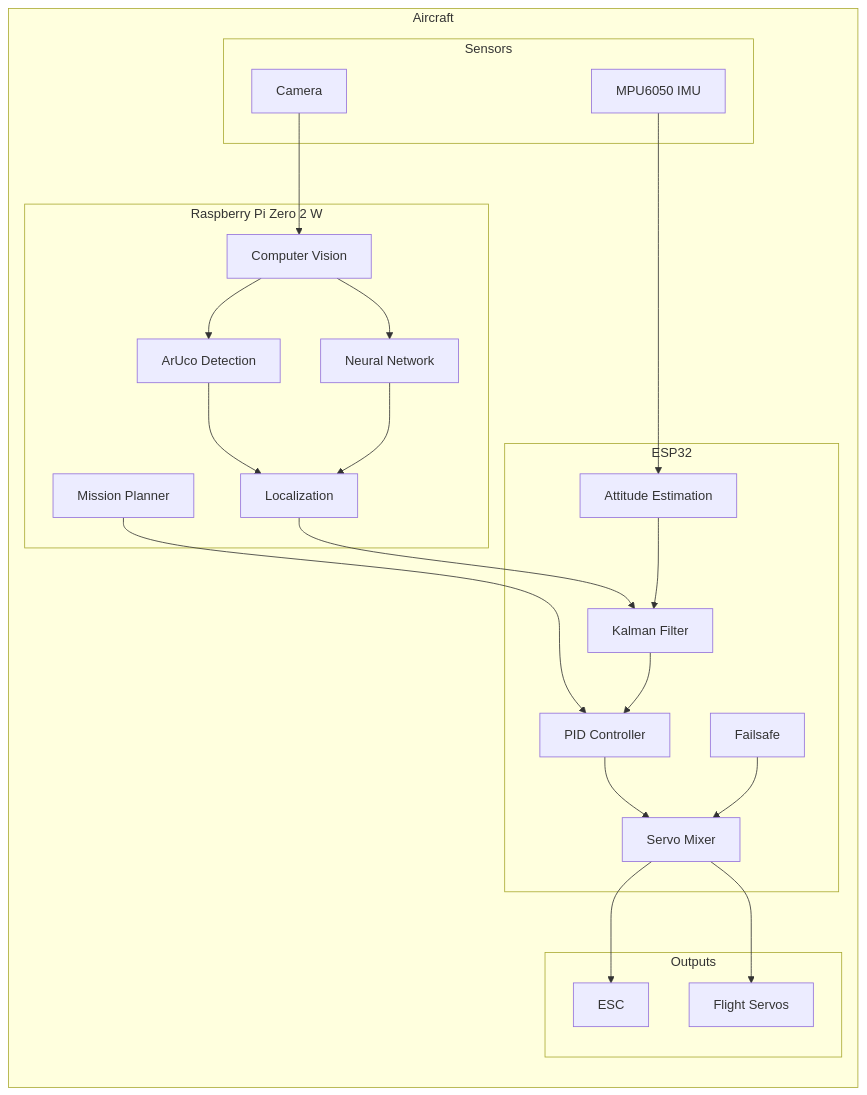
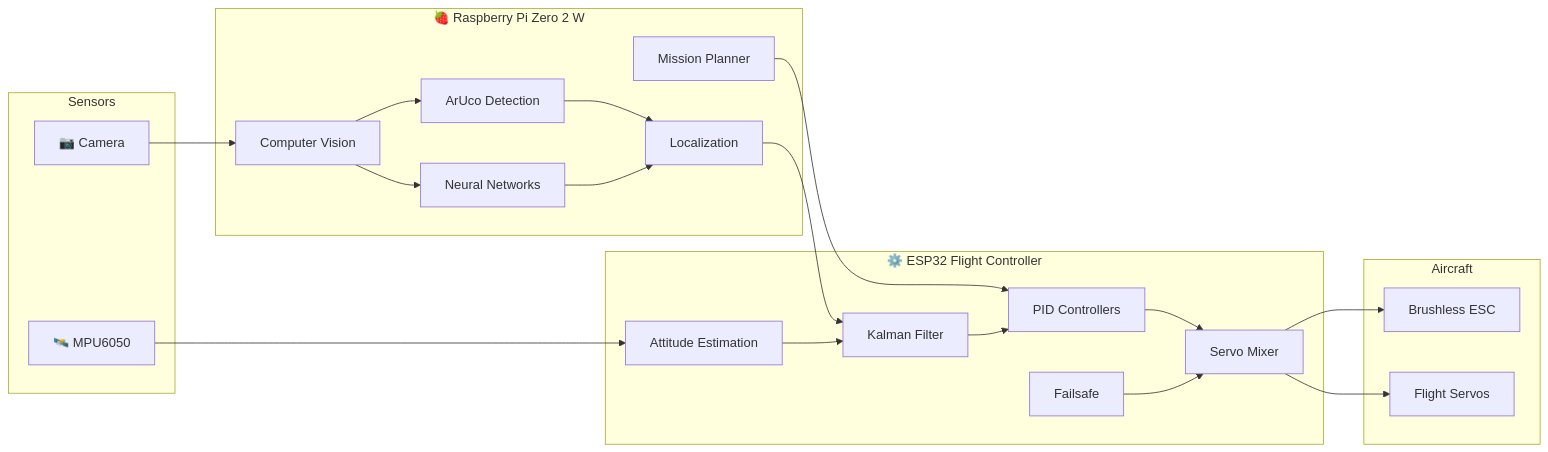
The first of 3 diagrams in README.md (Sts-simon/Ardu-Citron), drawn with Mermaid before and after one commit. The commit also changed other lines of this file, not shown here.

````diff
--- a/README.md
+++ b/README.md
@@ -203,78 +200,75 @@
 ```mermaid
 flowchart LR
 
-subgraph Aircraft
-
 subgraph Sensors
 
-IMU["MPU6050 IMU"]
-CAM["Camera"]
+CAM["📷 Camera"]
+
+IMU["🛰️ MPU6050"]
 
 end
 
-subgraph Raspberry["Raspberry Pi Zero 2 W"]
+subgraph Raspberry["🍓 Raspberry Pi Zero 2 W"]
 
 VISION["Computer Vision"]
 
 ARUCO["ArUco Detection"]
 
-CNN["Neural Network"]
+CNN["Neural Networks"]
 
 LOCAL["Localization"]
 
 MISSION["Mission Planner"]
 
 end
 
-subgraph ESP32
+subgraph ESP32["⚙️ ESP32 Flight Controller"]
 
 ATT["Attitude Estimation"]
 
-KAL["Kalman Filter"]
+KALMAN["Kalman Filter"]
 
-PID["PID Controller"]
+PID["PID Controllers"]
 
-MIX["Servo Mixer"]
+MIXER["Servo Mixer"]
 
-FAIL["Failsafe"]
+FAILSAFE["Failsafe"]
 
 end
 
-subgraph Outputs
+subgraph Aircraft
 
-ESC["ESC"]
+ESC["Brushless ESC"]
 
 SERVOS["Flight Servos"]
-
-end
 
 end
 
 CAM --> VISION
 
 VISION --> ARUCO
 
 VISION --> CNN
 
 ARUCO --> LOCAL
 
 CNN --> LOCAL
 
-LOCAL --> KAL
+LOCAL --> KALMAN
+
+MISSION --> PID
 
 IMU --> ATT
 
-ATT --> KAL
+ATT --> KALMAN
 
-MISSION --> PID
+KALMAN --> PID
 
-KAL --> PID
+PID --> MIXER
 
-PID --> MIX
+FAILSAFE --> MIXER
 
-MIX --> ESC
+MIXER --> ESC
 
-MIX --> SERVOS
-
-FAIL --> MIX
+MIXER --> SERVOS
 ```
````
